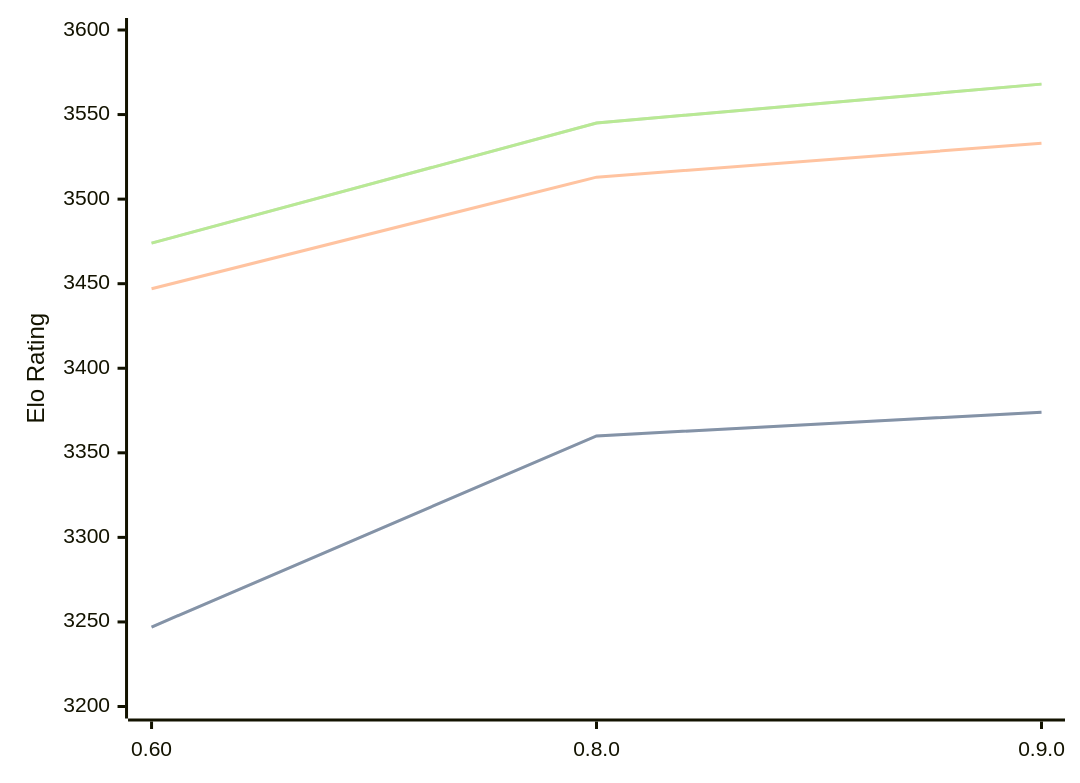
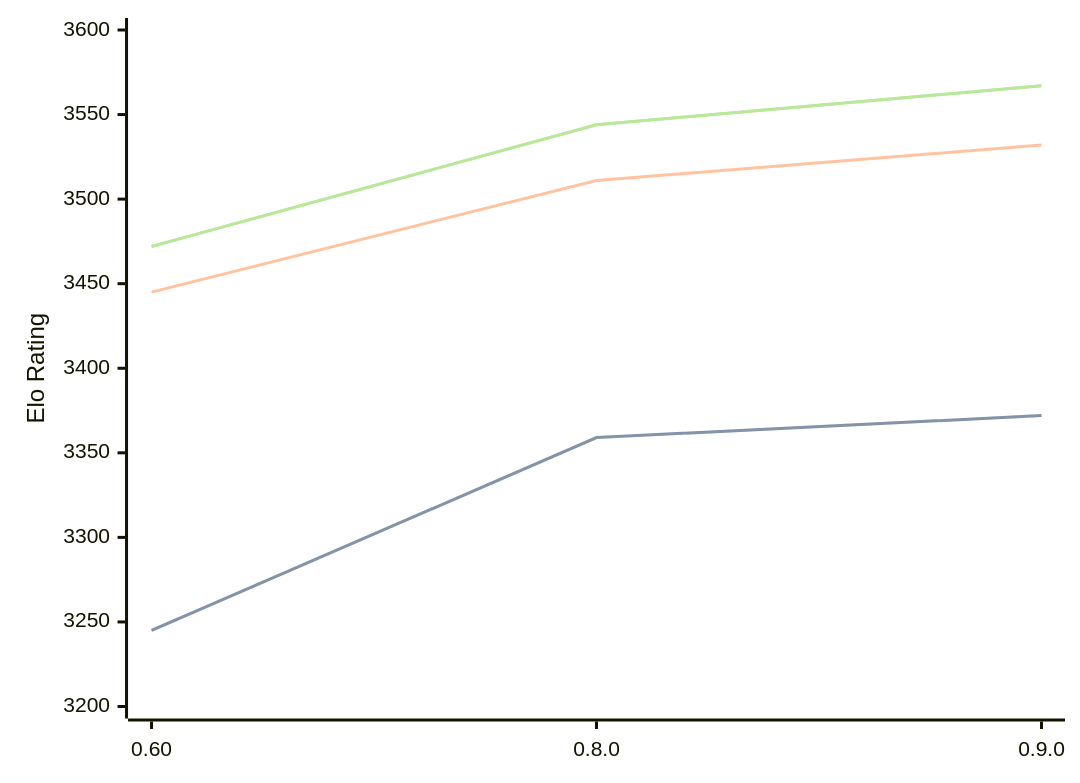
The diagram in engines/Motor.md (computer-chess-index/cci), drawn with Mermaid before and after one commit. The commit also changed other lines of this file, not shown here.

Commit message:
Update CCI Ratings (ELO VLTC) - 2026-04-26

````diff
--- a/engines/Motor.md
+++ b/engines/Motor.md
@@ -39,11 +39,11 @@
 ```mermaid
 %%{init: {"theme":"base","themeVariables":{"seriesColors:['#a3a3a3','#222221','#faa371']}}}%%
 xychart-beta
   x-axis ["0.60", "0.8.0", "0.9.0"]
   y-axis "Elo Rating" 3200 --> 3600
-  line "STC (8.0+0.08s)" [3247, 3360, 3374]
-  line "STC (8.0+0.08s)" [3247, 3360, 3374]
-  line "LTC (60.0+0.60s)" [3447, 3513, 3533]
-  line "VLTC (2m24s+1.12s)" [3474, 3545, 3568]
-  line "VLTC (2m24s+1.12s)" [3474, 3545, 3568]
+  line "STC (8.0+0.08s)" [3245, 3359, 3372]
+  line "STC (8.0+0.08s)" [3245, 3359, 3372]
+  line "LTC (60.0+0.60s)" [3445, 3511, 3532]
+  line "VLTC (2m24s+1.12s)" [3472, 3544, 3567]
+  line "VLTC (2m24s+1.12s)" [3472, 3544, 3567]
 ```
````
